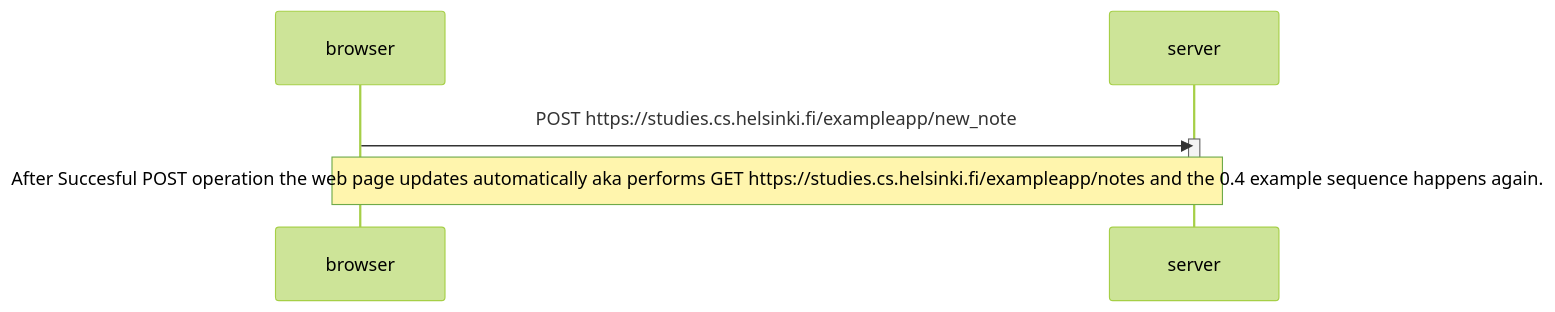
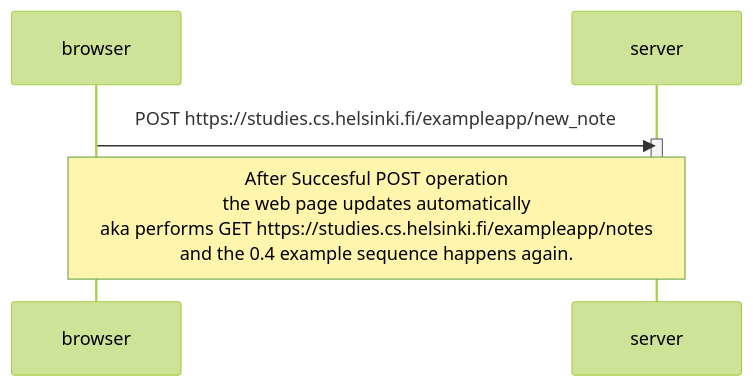
One commit to Osku-dev/FSO_new changed the diagram in part0/notes.md. Above: the diagram before and after it, drawn with Mermaid (forest theme).

Commit message:
line breaks

````diff
--- a/part0/notes.md
+++ b/part0/notes.md
@@ -1,11 +1,11 @@
 ```mermaid
 sequenceDiagram
     participant browser
     participant server
 
      browser->>server: POST https://studies.cs.helsinki.fi/exampleapp/new_note
     activate server
     deactivate server
 
-    Note over browser,server: After Succesful POST operation the web page updates automatically aka performs GET https://studies.cs.helsinki.fi/exampleapp/notes and the 0.4 example sequence happens again.
+    Note over browser,server: After Succesful POST operation <br/> the web page updates automatically <br/> aka performs GET https://studies.cs.helsinki.fi/exampleapp/notes <br/> and the 0.4 example sequence happens again.
 ```
````
